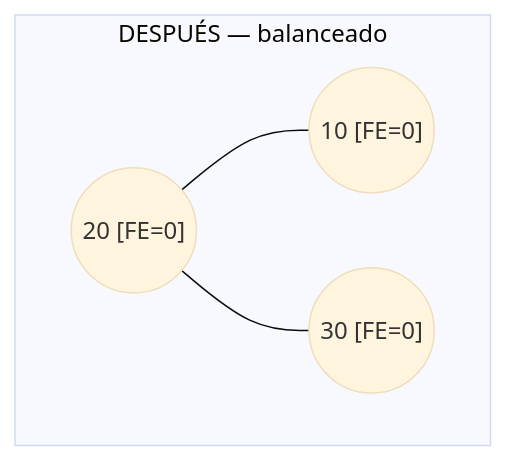
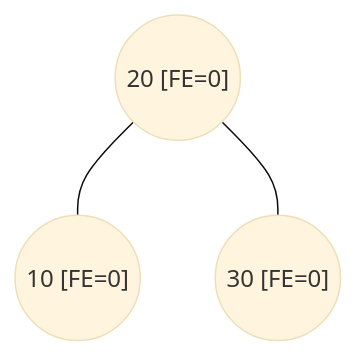
Diagram 17 of 34 in 03-arboles.md (frijolitobandido/Guia_Matematica_Discreta), drawn with Mermaid (base theme) before and after one commit. The commit also changed other lines of this file, not shown here.

````diff
--- a/03-arboles.md
+++ b/03-arboles.md
@@ -503,7 +516,5 @@
 ```mermaid
 graph TD
-    subgraph Después["DESPUÉS — balanceado"]
-        b1(("20 [FE=0]")) --- b2(("10 [FE=0]"))
-        b1 --- b3(("30 [FE=0]"))
-    end
+    b1(("20 [FE=0]")) --- b2(("10 [FE=0]"))
+    b1 --- b3(("30 [FE=0]"))
 ```
````
